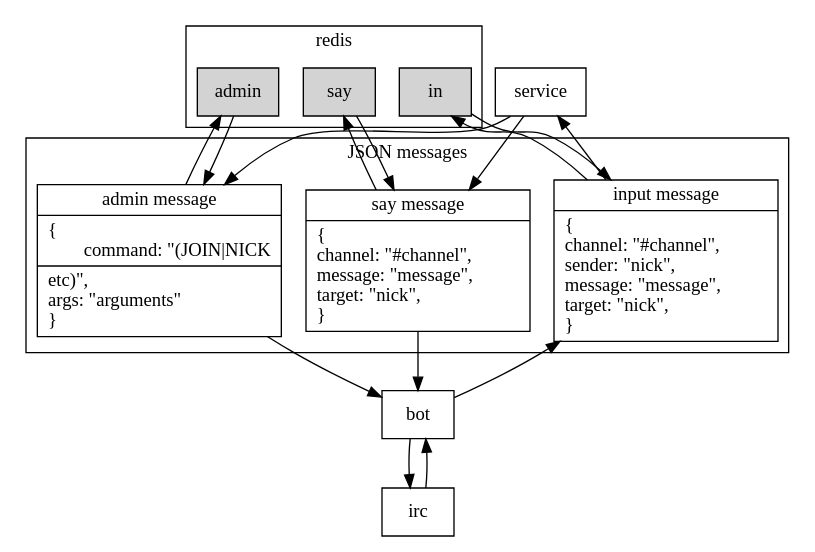
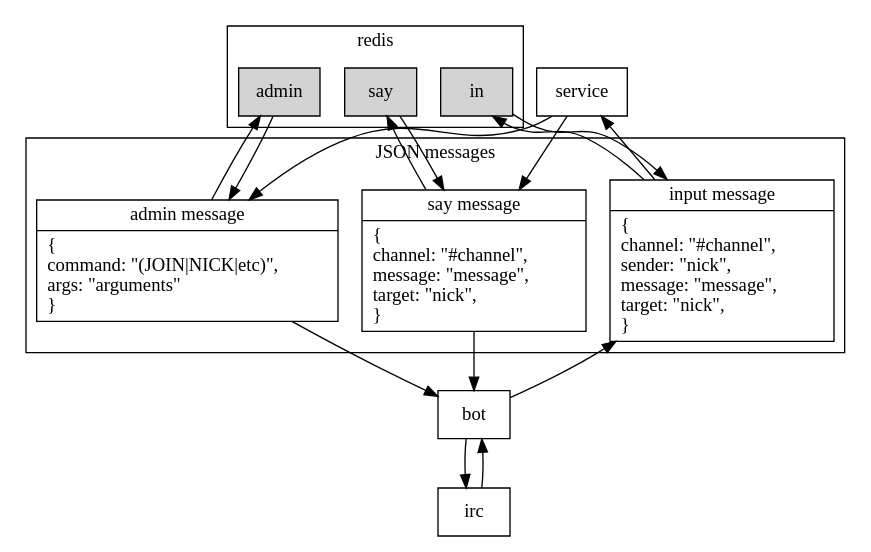
The diagram in docs/irc.dot (zenirc/zenircbot), drawn with Graphviz before and after one commit. The commit also changed 1 other file, not shown here.

```diff
--- a/docs/irc.dot
+++ b/docs/irc.dot
@@ -1,34 +1,34 @@
 digraph G {
 	node [
 	        shape = "record"
 	];
 	edge [];
 	subgraph cluster_redis {
 		node [style=filled];
 		in;
 		say;
 		admin;
 		label = "redis";
 	}
 	subgraph cluster_messages {
 		message_in;
 		message_say;
 		message_admin;
 		label = "JSON messages"
 	}
 	message_in [
 		label = "{input message | \{\lchannel: \"#channel\",\lsender: \"nick\",\lmessage: \"message\",\ltarget: \"nick\",\l\}\l}"
 	];
 	message_say [
 		label = "{say message | \{\lchannel: \"#channel\",\lmessage: \"message\",\ltarget: \"nick\",\l\}\l}"
 	];
 	message_admin [
-		label = "{admin message | \{\lcommand: \"\(JOIN\|NICK\r|etc\)\",\largs: \"arguments\"\l\}\l}"
+		label = "{admin message | \{\lcommand: \"\(JOIN\|NICK\|etc\)\",\largs: \"arguments\"\l\}\l}"
 	];
 
 	bot -> message_in -> in -> message_in -> service;
 	service -> message_say -> say -> message_say -> bot;
 	service -> message_admin -> admin -> message_admin -> bot;
 	irc -> bot;
 	bot -> irc;
 }
```
